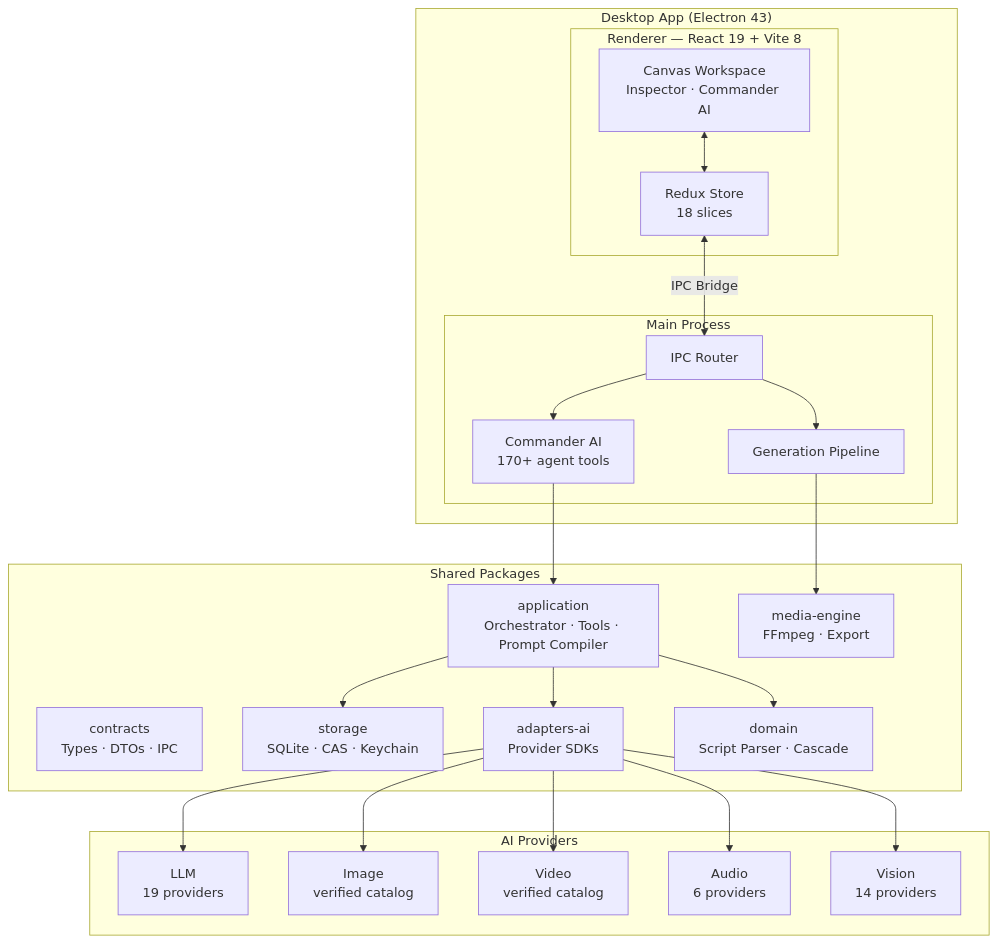
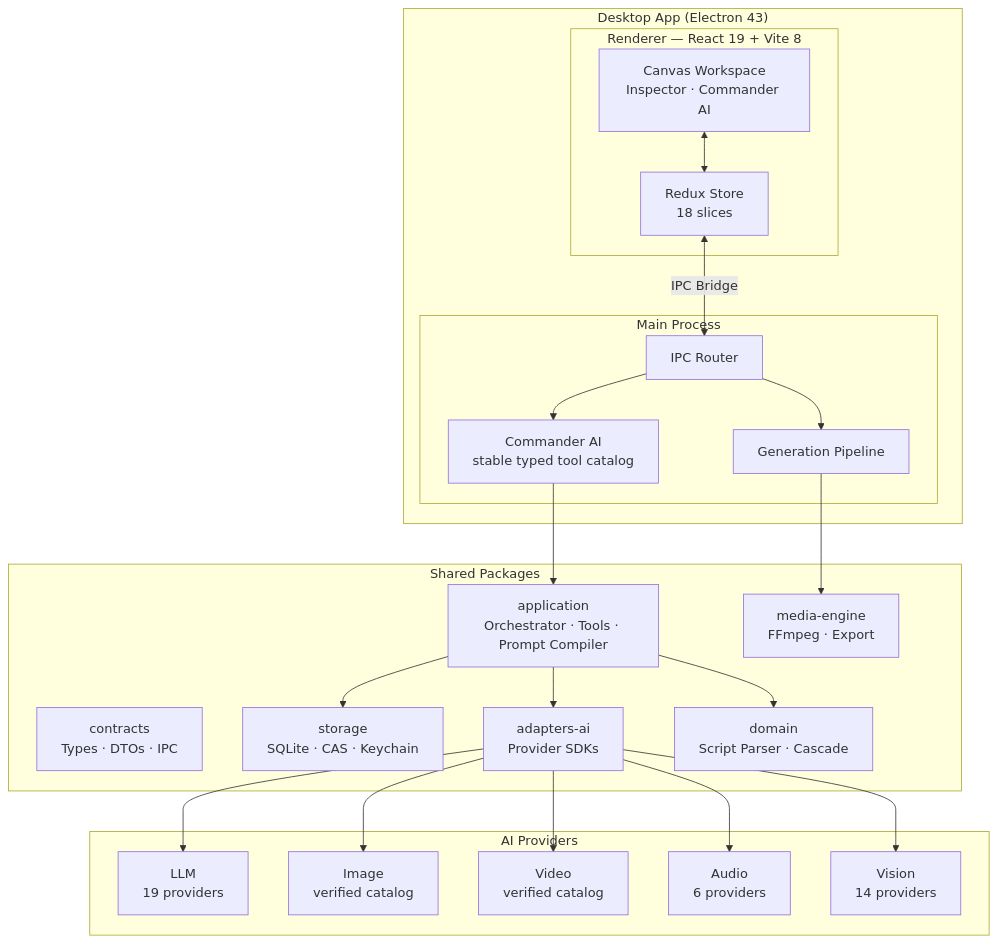
One commit to NAinfini/Inifni-Lucid-Fin changed the diagram in README.md. Above: the diagram before and after it, drawn with Mermaid. The commit also changed other lines of this file and 1263 other files, not shown here.

````diff
--- a/README.md
+++ b/README.md
@@ -212,49 +207,49 @@
 ```mermaid
 graph TB
     subgraph Desktop["Desktop App (Electron 43)"]
         subgraph Renderer["Renderer — React 19 + Vite 8"]
             UI["Canvas Workspace<br/>Inspector &middot; Commander AI"]
             Store["Redux Store<br/>18 slices"]
         end
 
         subgraph Main["Main Process"]
             IPC["IPC Router"]
             Pipeline["Generation Pipeline"]
-            Commander["Commander AI<br/>170+ agent tools"]
+            Commander["Commander AI<br/>stable typed tool catalog"]
         end
 
         UI <--> Store
         Store <-- "IPC Bridge" --> IPC
         IPC --> Pipeline
         IPC --> Commander
     end
 
     subgraph Packages["Shared Packages"]
         Contracts["contracts<br/>Types &middot; DTOs &middot; IPC"]
         AppLayer["application<br/>Orchestrator &middot; Tools &middot; Prompt Compiler"]
         Storage["storage<br/>SQLite &middot; CAS &middot; Keychain"]
         Adapters["adapters-ai<br/>Provider SDKs"]
         Domain["domain<br/>Script Parser &middot; Cascade"]
         Media["media-engine<br/>FFmpeg &middot; Export"]
     end
 
     Commander --> AppLayer
     Pipeline --> Media
     AppLayer --> Storage
     AppLayer --> Adapters
     AppLayer --> Domain
 
     subgraph Providers["AI Providers"]
         LLM["LLM<br/>19 providers"]
         IMG["Image<br/>verified catalog"]
         VID["Video<br/>verified catalog"]
         AUD["Audio<br/>6 providers"]
         VIS["Vision<br/>14 providers"]
     end
 
     Adapters --> LLM
     Adapters --> IMG
     Adapters --> VID
     Adapters --> AUD
     Adapters --> VIS
 ```
````
